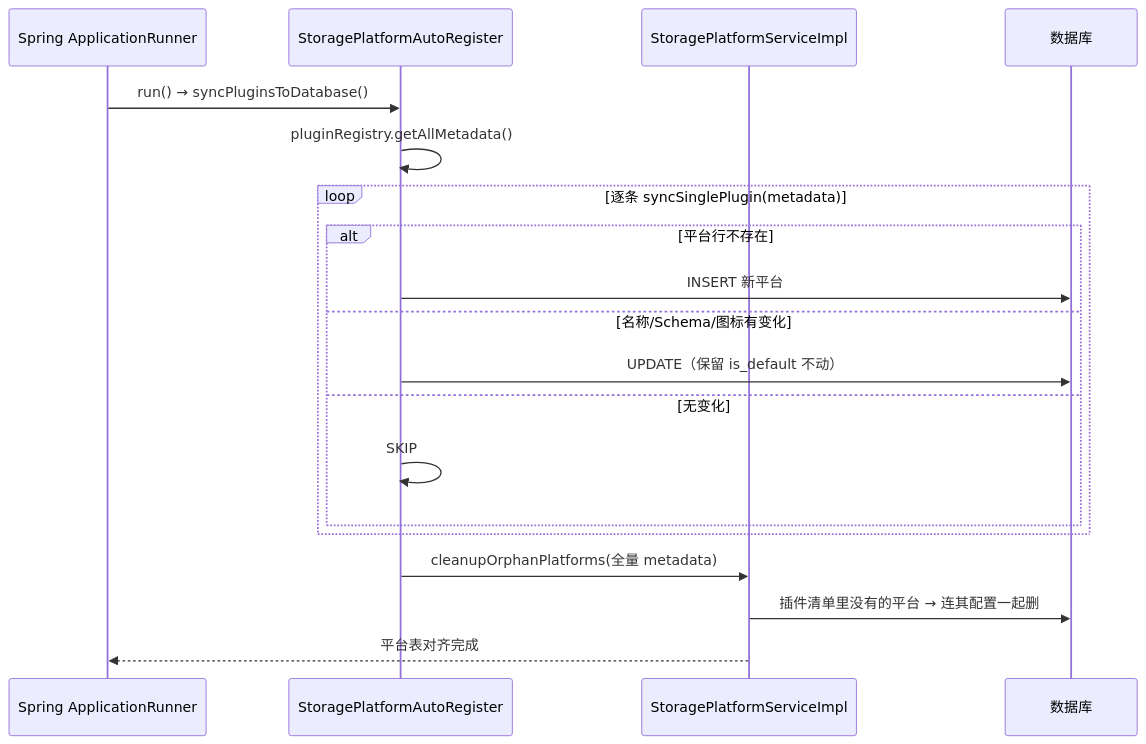
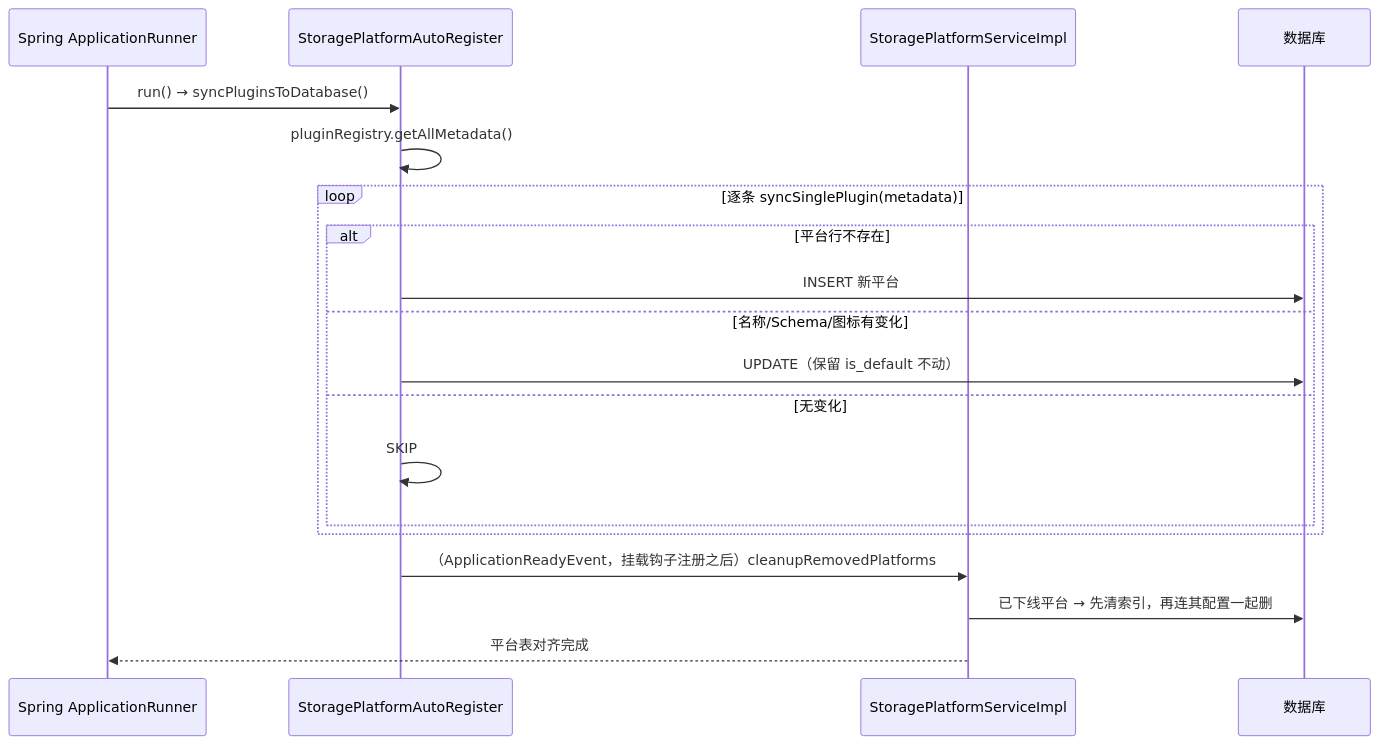
Before and after one commit to guangheUlti/gfs: the first of 2 diagrams in doc/10-存储平台与配置设计.md, drawn with Mermaid. The commit also changed other lines of this file and 6 other files, not shown here.

````diff
--- a/doc/10-存储平台与配置设计.md
+++ b/doc/10-存储平台与配置设计.md
@@ -55,22 +57,22 @@
 ```mermaid
 sequenceDiagram
     participant Spring as Spring ApplicationRunner
     participant Reg as StoragePlatformAutoRegister
     participant Maker as StoragePlatformServiceImpl
     participant Db as 数据库
 
     Spring->>Reg: run() → syncPluginsToDatabase()
     Reg->>Reg: pluginRegistry.getAllMetadata()
     loop 逐条 syncSinglePlugin(metadata)
         alt 平台行不存在
             Reg->>Db: INSERT 新平台
         else 名称/Schema/图标有变化
             Reg->>Db: UPDATE（保留 is_default 不动）
         else 无变化
             Reg->>Reg: SKIP
         end
     end
-    Reg->>Maker: cleanupOrphanPlatforms(全量 metadata)
-    Maker->>Db: 插件清单里没有的平台 → 连其配置一起删
+    Reg->>Maker: （ApplicationReadyEvent，挂载钩子注册之后）cleanupRemovedPlatforms
+    Maker->>Db: 已下线平台 → 先清索引，再连其配置一起删
     Maker-->>Spring: 平台表对齐完成
 ```
````
